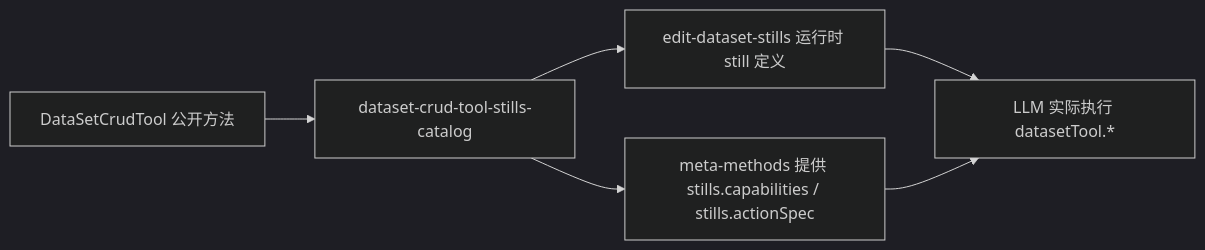
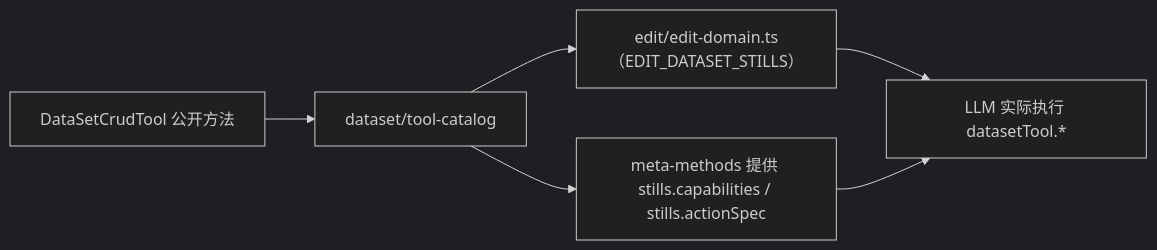
One commit to LMSpark/spark-view-vue changed the third of 3 diagrams in docs/ai/architecture/DEVSYSTEM_DATASET_TOOL_SSOT.md. Above: the diagram before and after it, drawn with Mermaid (dark theme). The commit also changed other lines of this file and 162 other files, not shown here.

````diff
--- a/docs/ai/architecture/DEVSYSTEM_DATASET_TOOL_SSOT.md
+++ b/docs/ai/architecture/DEVSYSTEM_DATASET_TOOL_SSOT.md
@@ -184,8 +184,8 @@
 ```mermaid
 flowchart LR
-    A[DataSetCrudTool 公开方法] --> B[dataset-crud-tool-stills-catalog]
-    B --> C[edit-dataset-stills 运行时 still 定义]
+    A[DataSetCrudTool 公开方法] --> B[dataset/tool-catalog]
+    B --> C[edit/edit-domain.ts（EDIT_DATASET_STILLS）]
   B --> D[meta-methods 提供 stills.capabilities / stills.actionSpec]
     C --> E[LLM 实际执行 datasetTool.*]
     D --> E
 ```
````
